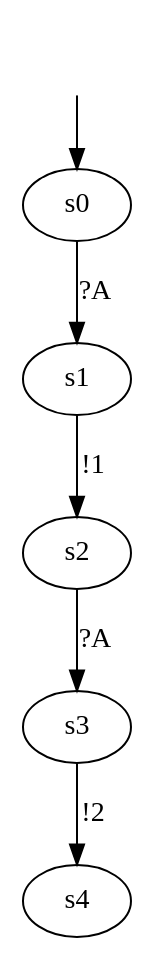
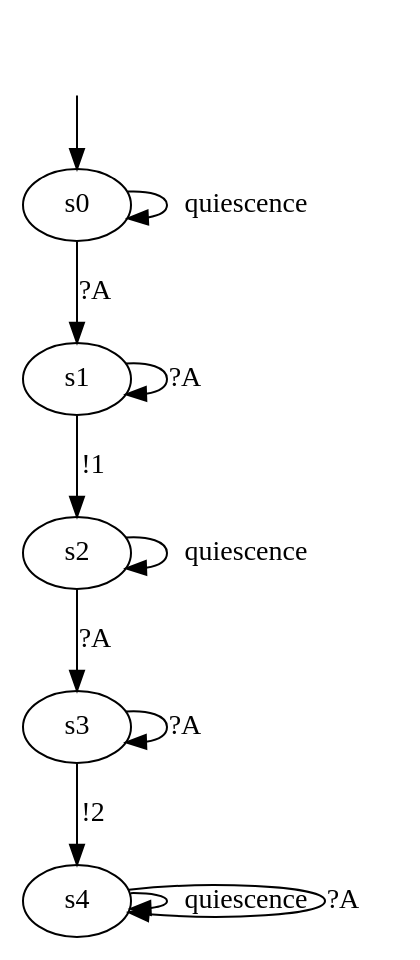
One commit to haubitzer/AALpy changed the diagram in DotModels/Iolts/03_iolts.dot. Above: the diagram before and after it, drawn with Graphviz. The commit also changed 8 other files, not shown here.

```diff
--- a/DotModels/Iolts/03_iolts.dot
+++ b/DotModels/Iolts/03_iolts.dot
@@ -1,16 +1,19 @@
-digraph learnedModel {
+digraph "../../DotModels/Iolts/03_iolts" {
 s0 [label=s0];
 s1 [label=s1];
 s2 [label=s2];
 s3 [label=s3];
 s4 [label=s4];
-
-
+s0 -> s0  [label=quiescence];
 s0 -> s1  [label="?A"];
 s1 -> s2  [label="!1"];
+s1 -> s1  [label="?A"];
+s2 -> s2  [label=quiescence];
 s2 -> s3  [label="?A"];
 s3 -> s4  [label="!2"];
-
+s3 -> s3  [label="?A"];
+s4 -> s4  [label=quiescence];
+s4 -> s4  [label="?A"];
 __start0 [label="", shape=none];
 __start0 -> s0  [label=""];
 }
```
